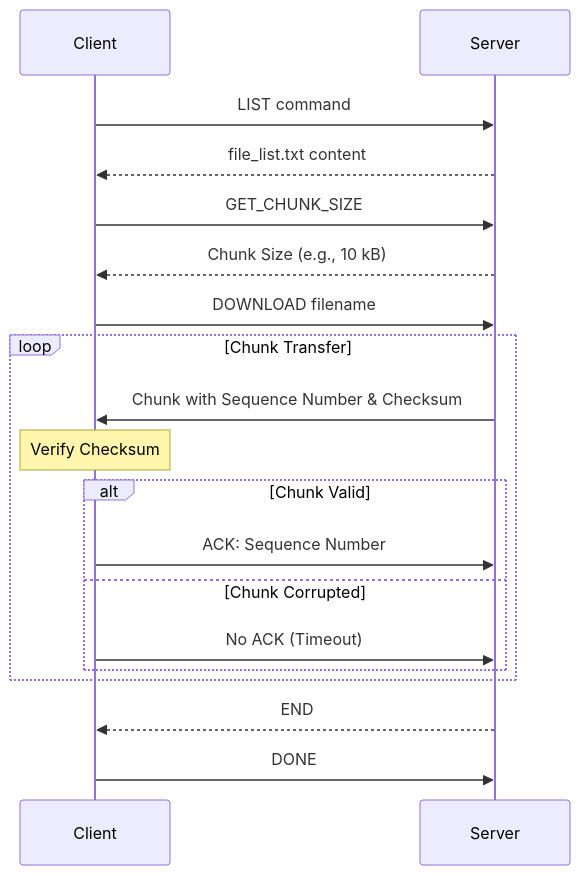
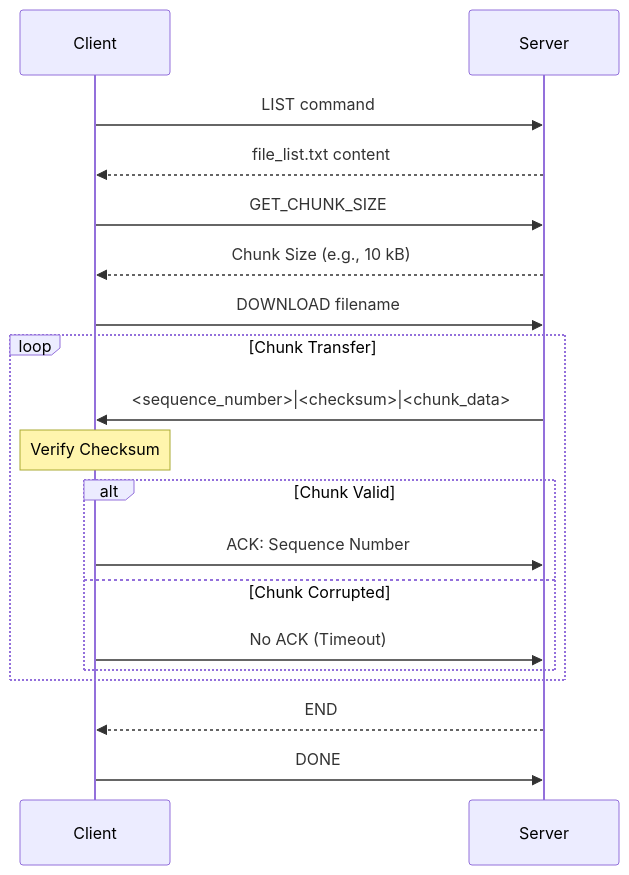
The second of 2 diagrams in README.md (Phuquy1805/NetworkingProject), drawn with Mermaid before and after one commit.

````diff
--- a/README.md
+++ b/README.md
@@ -96,28 +96,28 @@
 ```mermaid
 sequenceDiagram
     participant Client
     participant Server
     
     # File List Request
     Client->>Server: LIST command
     Server-->>Client: file_list.txt content
     
     # Download Preparation
     Client->>Server: GET_CHUNK_SIZE
     Server-->>Client: Chunk Size (e.g., 10 kB)
     
     # File Download
     Client->>Server: DOWNLOAD filename
     loop Chunk Transfer
-        Server->>Client: Chunk with Sequence Number & Checksum
+        Server->>Client: <sequence_number>|<checksum>|<chunk_data>
         Note over Client: Verify Checksum
         alt Chunk Valid
             Client->>Server: ACK: Sequence Number
         else Chunk Corrupted
             Client->>Server: No ACK (Timeout)
         end
     end
     
     Server-->>Client: END 
     Client->>Server: DONE 
 ```
````
